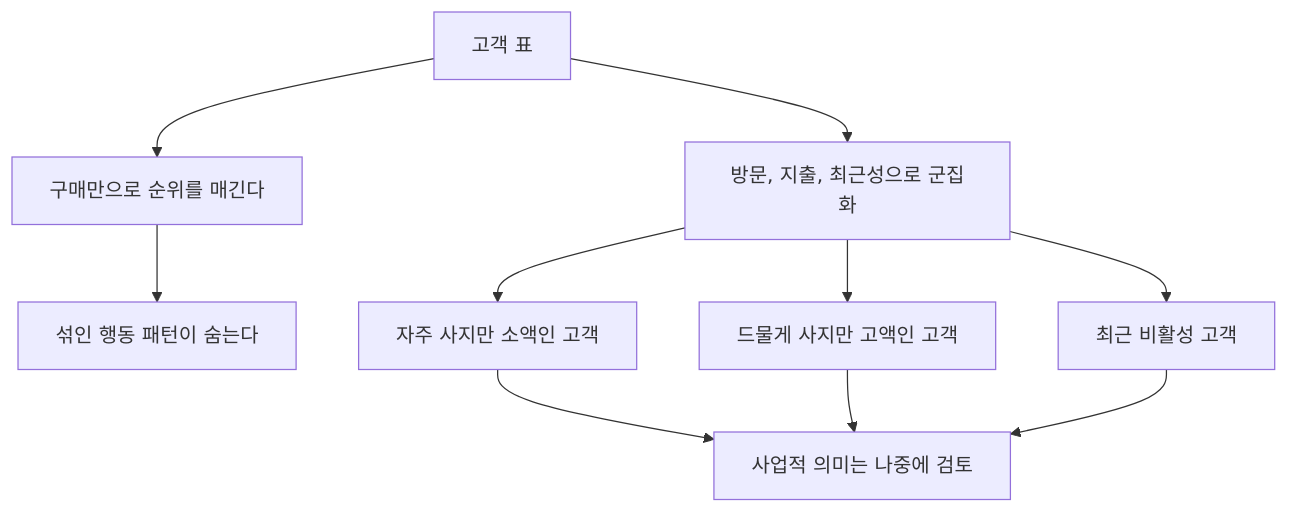
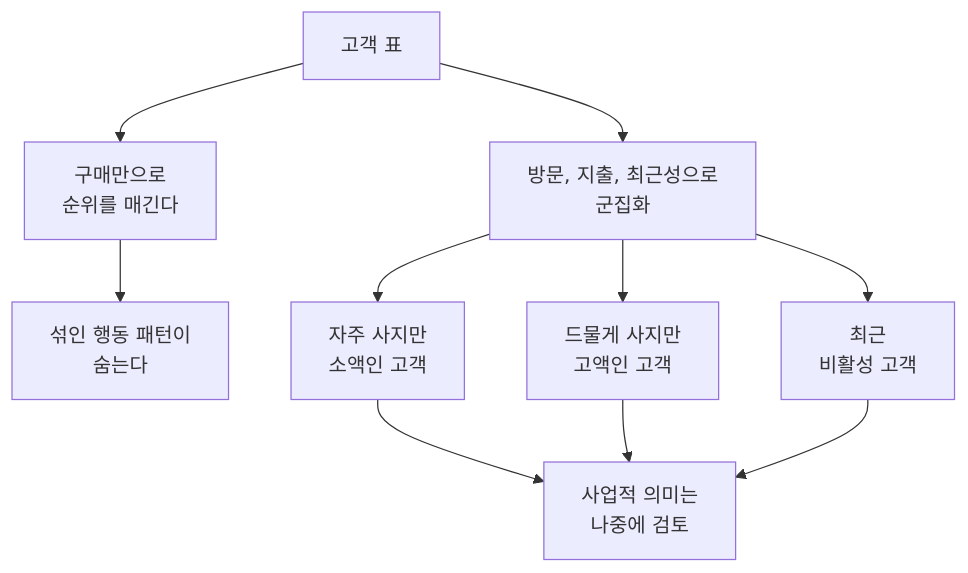
The diagram in docs/assets/part-04/chapter-17/p4-17-1-mermaid-06-ko.mmd (devchan64/AiBook), drawn with Mermaid before and after one commit.

Commit message:
Wrap part 4 clustering case mermaid labels

```diff
--- a/docs/assets/part-04/chapter-17/p4-17-1-mermaid-06-ko.mmd
+++ b/docs/assets/part-04/chapter-17/p4-17-1-mermaid-06-ko.mmd
@@ -1,18 +1,18 @@
 flowchart TD
   A["고객 표"]
-  B["구매만으로 순위를 매긴다"]
-  C["섞인 행동 패턴이 숨는다"]
-  D["방문, 지출, 최근성으로 군집화"]
-  E["자주 사지만 소액인 고객"]
-  F["드물게 사지만 고액인 고객"]
-  G["최근 비활성 고객"]
-  H["사업적 의미는 나중에 검토"]
+  B["구매만으로 \n 순위를 매긴다"]
+  C["섞인 행동 패턴이 \n 숨는다"]
+  D["방문, 지출, 최근성으로 \n 군집화"]
+  E["자주 사지만 \n 소액인 고객"]
+  F["드물게 사지만 \n 고액인 고객"]
+  G["최근 \n 비활성 고객"]
+  H["사업적 의미는 \n 나중에 검토"]
 
   A --> B --> C
   A --> D
   D --> E
   D --> F
   D --> G
   E --> H
   F --> H
   G --> H
```
